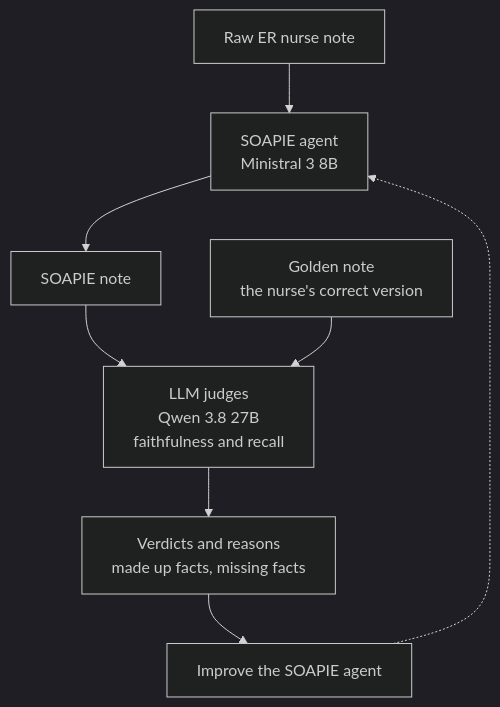
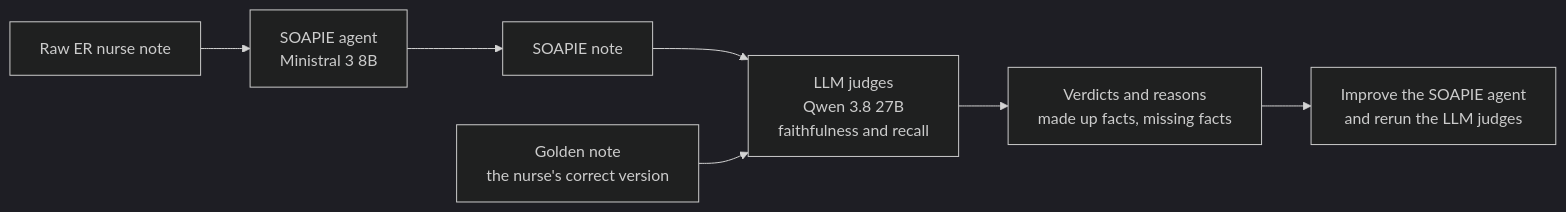
Before and after one commit to Cyberbot777/er-nurse-notes-eval: the diagram in README.md, drawn with Mermaid (dark theme).

Commit message:
Simplify loop diagram for GitHub rendering

````diff
--- a/README.md
+++ b/README.md
@@ -17,10 +17,9 @@
 ```mermaid
-flowchart TD
-    A[Raw ER nurse note] --> B[SOAPIE agent<br/>Ministral 3 8B]
-    B --> C[SOAPIE note]
-    C --> D[LLM judges<br/>Qwen 3.8 27B<br/>faithfulness and recall]
-    G[Golden note<br/>the nurse's correct version] --> D
-    D --> E[Verdicts and reasons<br/>made up facts, missing facts]
-    E --> F[Improve the SOAPIE agent]
-    F -.-> B
+flowchart LR
+    A["Raw ER nurse note"] --> B["SOAPIE agent<br/>Ministral 3 8B"]
+    B --> C["SOAPIE note"]
+    C --> D["LLM judges<br/>Qwen 3.8 27B<br/>faithfulness and recall"]
+    G["Golden note<br/>the nurse's correct version"] --> D
+    D --> E["Verdicts and reasons<br/>made up facts, missing facts"]
+    E --> F["Improve the SOAPIE agent<br/>and rerun the LLM judges"]
 ```
````
